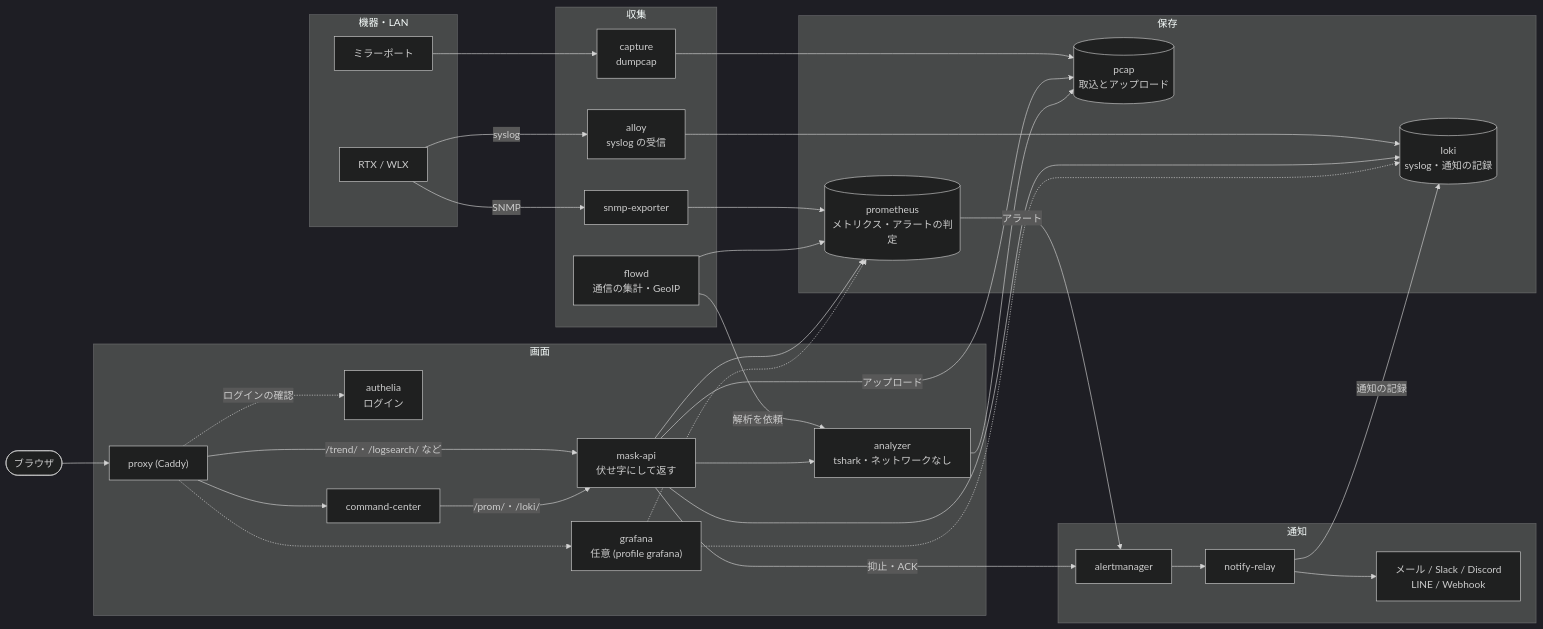
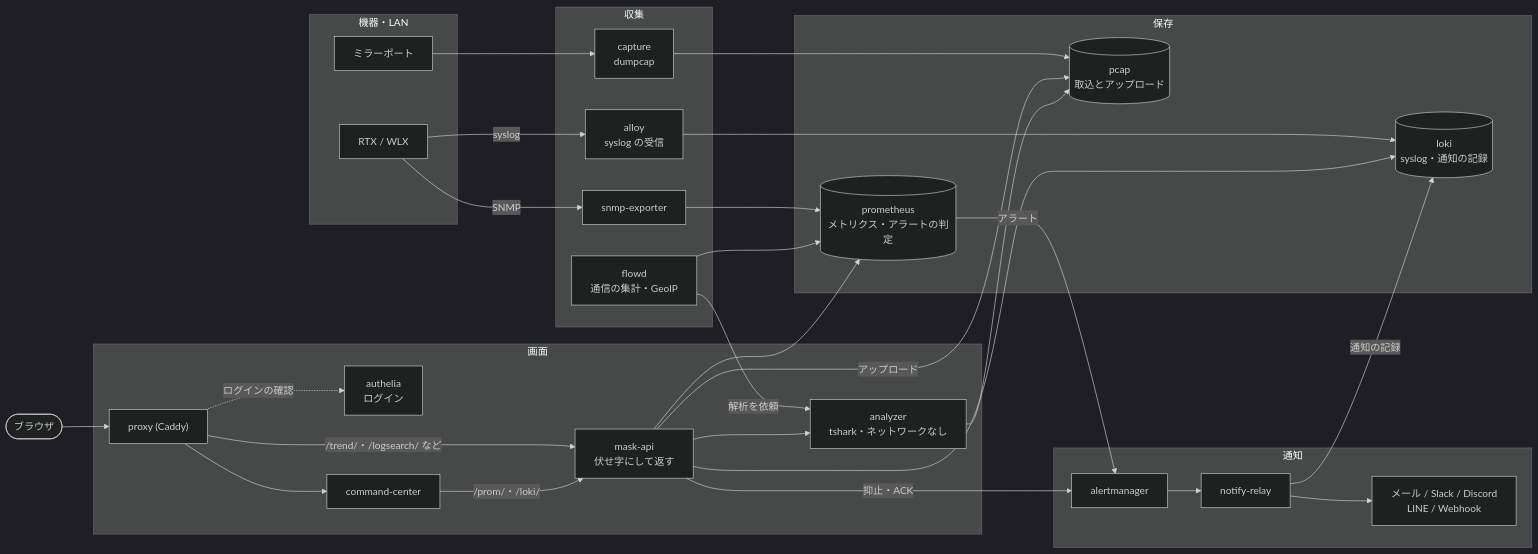
Before and after one commit to c-ardinal/GeoFront-NW: the diagram in README.md, drawn with Mermaid (dark theme). The commit also changed other lines of this file and 28 other files, not shown here.

````diff
--- a/README.md
+++ b/README.md
@@ -23,60 +22,56 @@
 ```mermaid
 flowchart LR
   subgraph SRC["機器・LAN"]
     DEV["RTX / WLX"]
     MIR["ミラーポート"]
   end
 
   subgraph COL["収集"]
     SNMP["snmp-exporter"]
     ALLOY["alloy<br/>syslog の受信"]
     CAP["capture<br/>dumpcap"]
     FLOWD["flowd<br/>通信の集計・GeoIP"]
   end
 
   subgraph STORE["保存"]
     PROM[("prometheus<br/>メトリクス・アラートの判定")]
     LOKI[("loki<br/>syslog・通知の記録")]
     PCAP[("pcap<br/>取込とアップロード")]
   end
 
   subgraph ALERT["通知"]
     AM["alertmanager"]
     RELAY["notify-relay"]
     EXT["メール / Slack / Discord<br/>LINE / Webhook"]
   end
 
   subgraph WEB["画面"]
     PROXY["proxy (Caddy)"]
     AUTH["authelia<br/>ログイン"]
     CC["command-center"]
     MASK["mask-api<br/>伏せ字にして返す"]
     ANA["analyzer<br/>tshark・ネットワークなし"]
-    GRAF["grafana<br/>任意 (profile grafana)"]
   end
 
   USER(["ブラウザ"])
 
   DEV -- "SNMP" --> SNMP --> PROM
   DEV -- "syslog" --> ALLOY --> LOKI
   MIR --> CAP --> PCAP
   FLOWD -- "解析を依頼" --> ANA
   FLOWD --> PROM
   PROM -- "アラート" --> AM --> RELAY --> EXT
   RELAY -- "通知の記録" --> LOKI
 
   USER --> PROXY
   PROXY -. "ログインの確認" .-> AUTH
   PROXY --> CC
   PROXY -- "/trend/・/logsearch/ など" --> MASK
-  PROXY -.-> GRAF
   CC -- "/prom/・/loki/" --> MASK
   MASK --> PROM
   MASK --> LOKI
   MASK -- "抑止・ACK" --> AM
   MASK --> ANA
   MASK -- "アップロード" --> PCAP
   ANA --> PCAP
-  GRAF -.-> PROM
-  GRAF -.-> LOKI
 ```
````
